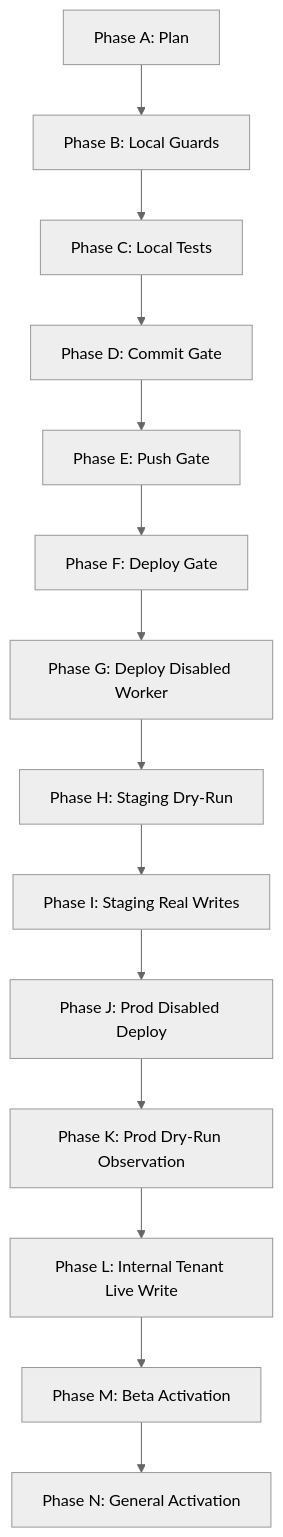
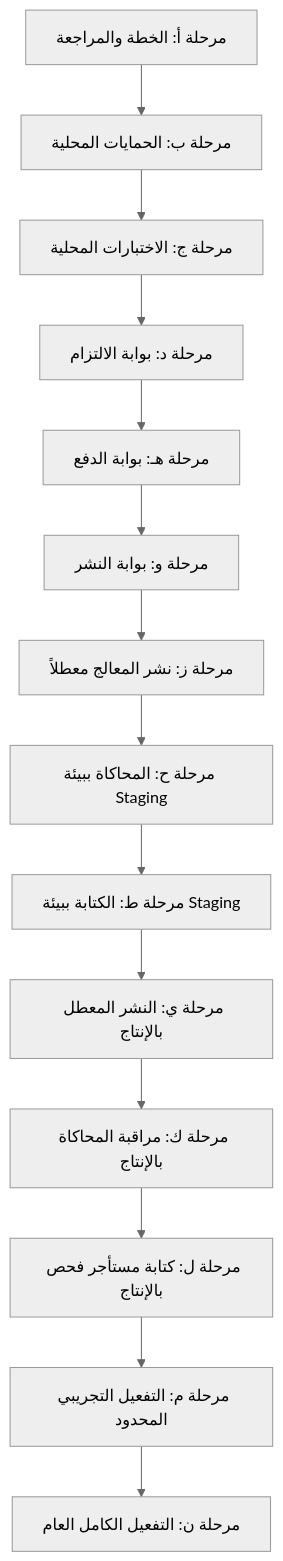
One commit to NamaInvest/EN changed the first of 2 diagrams in tmp/customer-onboarding-phase4e-real-worker-implementation-plan-report.md. Above: the diagram before and after it, drawn with Mermaid (neutral theme). The commit also changed other lines of this file and 4 other files, not shown here.

````diff
--- a/tmp/customer-onboarding-phase4e-real-worker-implementation-plan-report.md
+++ b/tmp/customer-onboarding-phase4e-real-worker-implementation-plan-report.md
@@ -51,16 +51,16 @@
 ```mermaid
 graph TD
-    A[Phase A: Plan] --> B[Phase B: Local Guards]
-    B --> C[Phase C: Local Tests]
-    C --> D[Phase D: Commit Gate]
-    D --> E[Phase E: Push Gate]
-    E --> F[Phase F: Deploy Gate]
-    F --> G[Phase G: Deploy Disabled Worker]
-    G --> H[Phase H: Staging Dry-Run]
-    H --> I[Phase I: Staging Real Writes]
-    I --> J[Phase J: Prod Disabled Deploy]
-    J --> K[Phase K: Prod Dry-Run Observation]
-    K --> L[Phase L: Internal Tenant Live Write]
-    L --> M[Phase M: Beta Activation]
-    M --> N[Phase N: General Activation]
+    A[مرحلة أ: الخطة والمراجعة] --> B[مرحلة ب: الحمايات المحلية]
+    B --> C[مرحلة ج: الاختبارات المحلية]
+    C --> D[مرحلة د: بوابة الالتزام]
+    D --> E[مرحلة هـ: بوابة الدفع]
+    E --> F[مرحلة و: بوابة النشر]
+    F --> G[مرحلة ز: نشر المعالج معطلاً]
+    G --> H[مرحلة ح: المحاكاة ببيئة Staging]
+    H --> I[مرحلة ط: الكتابة ببيئة Staging]
+    I --> J[مرحلة ي: النشر المعطل بالإنتاج]
+    J --> K[مرحلة ك: مراقبة المحاكاة بالإنتاج]
+    K --> L[مرحلة ل: كتابة مستأجر فحص بالإنتاج]
+    L --> M[مرحلة م: التفعيل التجريبي المحدود]
+    M --> N[مرحلة ن: التفعيل الكامل العام]
 ```
````
